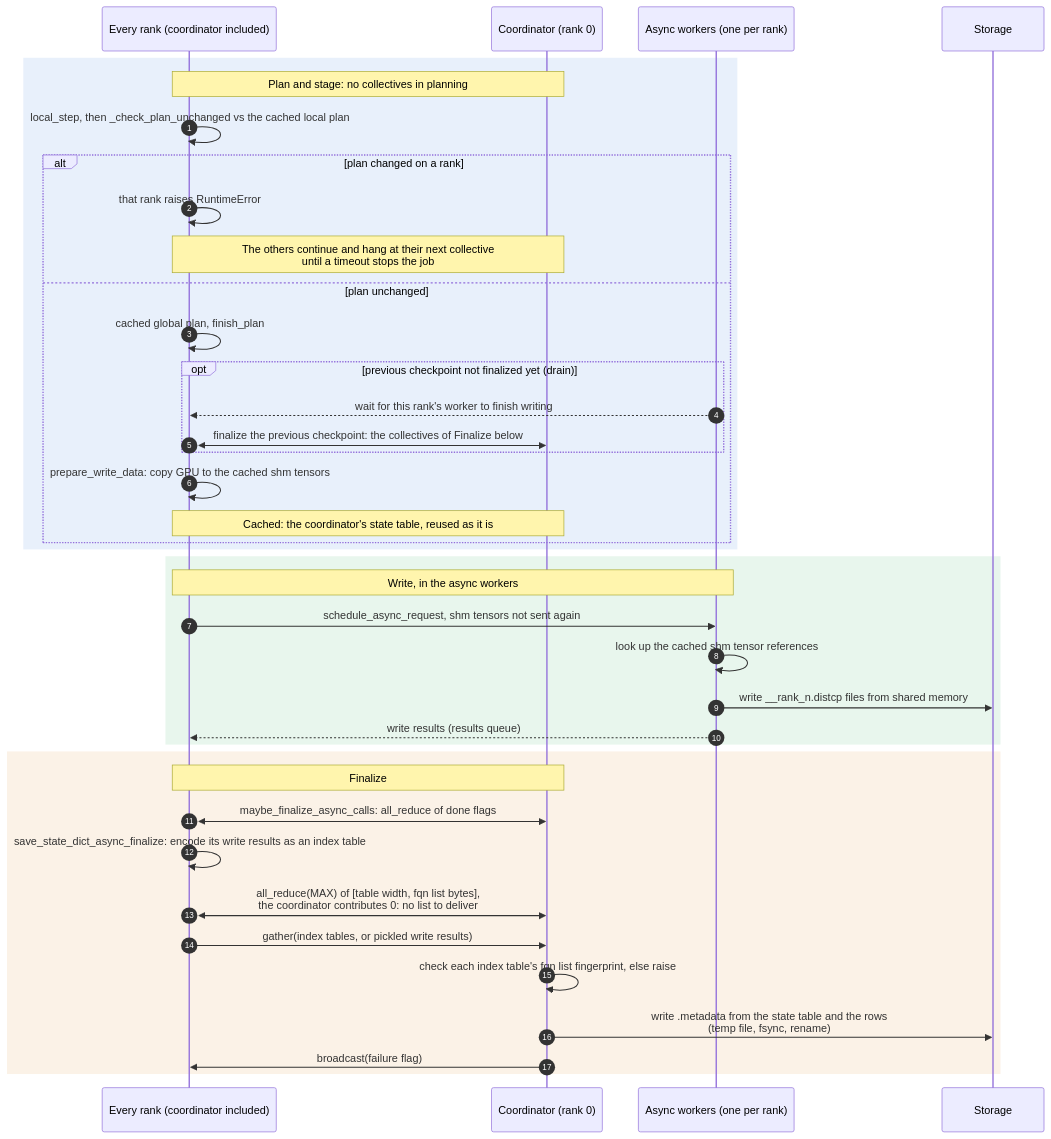
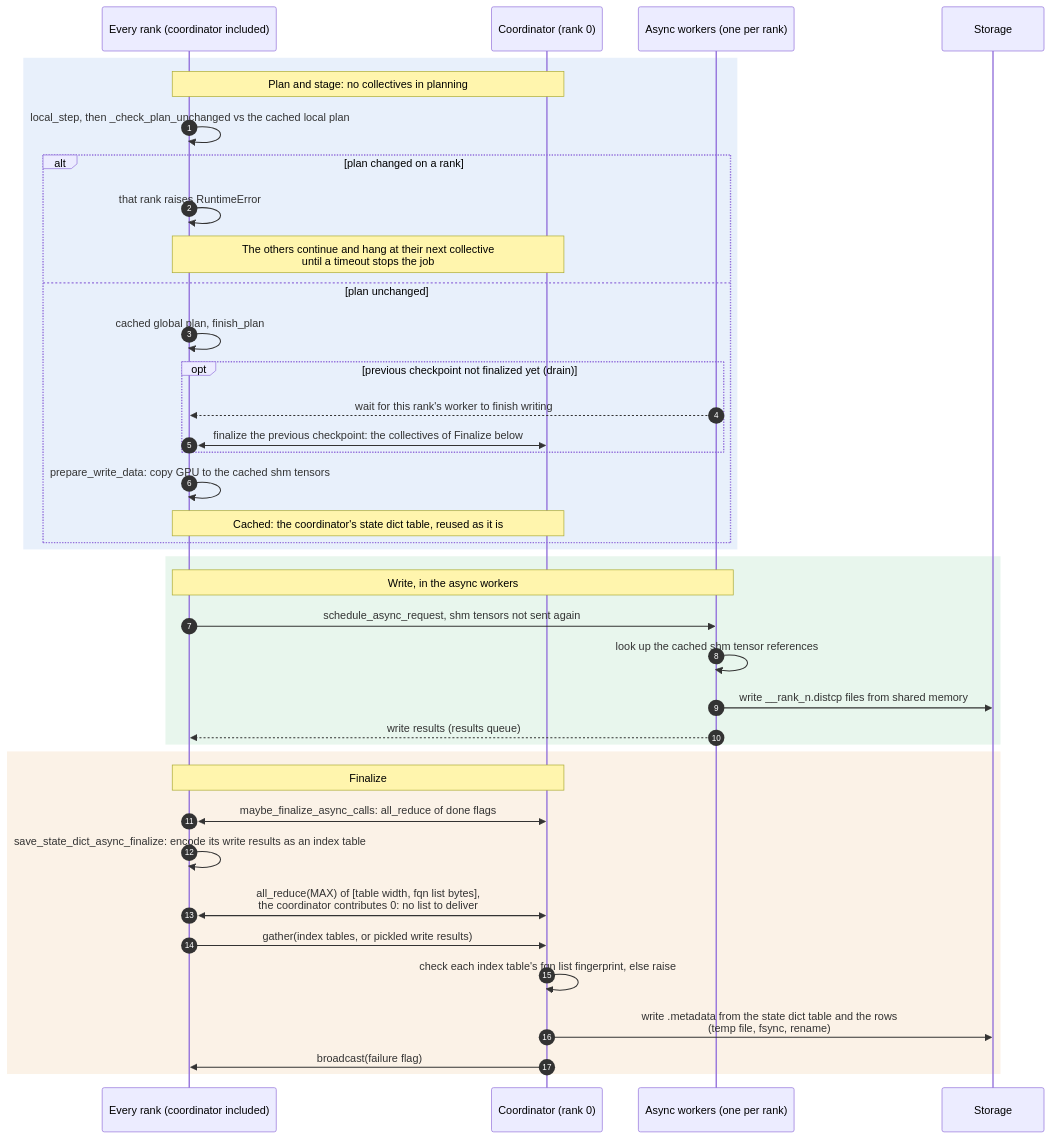
Before and after one commit to NVIDIA/nvidia-resiliency-ext: the fourth of 5 diagrams in docs/design/checkpoint/ASYNC_SAVE.md, drawn with Mermaid. The commit also changed other lines of this file and 12 other files, not shown here.

First line of the commit message:
Rename state_table to state_dict_table

````diff
--- a/docs/design/checkpoint/ASYNC_SAVE.md
+++ b/docs/design/checkpoint/ASYNC_SAVE.md
@@ -292,44 +292,44 @@
 ```mermaid
 sequenceDiagram
     autonumber
     participant R as Every rank (coordinator included)
     participant C as Coordinator (rank 0)
     participant W as Async workers (one per rank)
     participant S as Storage
 
     rect rgba(70, 130, 220, 0.12)
     Note over R,C: Plan and stage: no collectives in planning
     R->>R: local_step, then _check_plan_unchanged vs the cached local plan
     alt plan changed on a rank
         R->>R: that rank raises RuntimeError
         Note over R,C: The others continue and hang at their next collective<br/>until a timeout stops the job
     else plan unchanged
         R->>R: cached global plan, finish_plan
         opt previous checkpoint not finalized yet (drain)
             W-->>R: wait for this rank's worker to finish writing
             R<<->>C: finalize the previous checkpoint: the collectives of Finalize below
         end
         R->>R: prepare_write_data: copy GPU to the cached shm tensors
-        Note over R,C: Cached: the coordinator's state table, reused as it is
+        Note over R,C: Cached: the coordinator's state dict table, reused as it is
     end
     end
 
     rect rgba(70, 180, 110, 0.12)
     Note over R,W: Write, in the async workers
     R->>W: schedule_async_request, shm tensors not sent again
     W->>W: look up the cached shm tensor references
     W->>S: write __rank_n.distcp files from shared memory
     W-->>R: write results (results queue)
     end
 
     rect rgba(220, 150, 60, 0.12)
     Note over R,C: Finalize
     R<<->>C: maybe_finalize_async_calls: all_reduce of done flags
     R->>R: save_state_dict_async_finalize: encode its write results as an index table
     R<<->>C: all_reduce(MAX) of [table width, fqn list bytes],<br/>the coordinator contributes 0: no list to deliver
     R->>C: gather(index tables, or pickled write results)
     C->>C: check each index table's fqn list fingerprint, else raise
-    C->>S: write .metadata from the state table and the rows<br/>(temp file, fsync, rename)
+    C->>S: write .metadata from the state dict table and the rows<br/>(temp file, fsync, rename)
     C->>R: broadcast(failure flag)
     end
 ```
````
